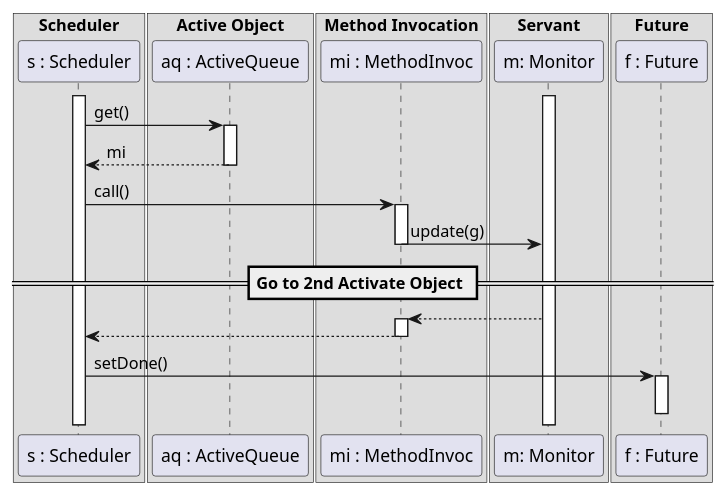
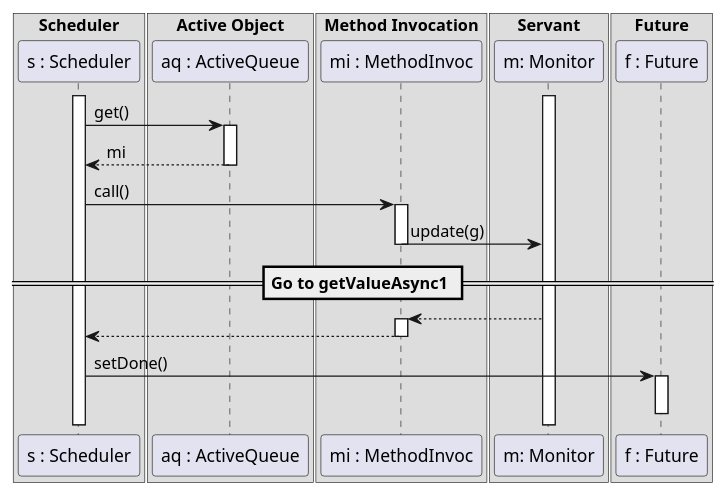
Before and after one commit to malahx/ISTIC: the diagram in AOC/TP1/UpdateAsync2.puml, drawn with PlantUML. The commit also changed 4 other files, not shown here.

Commit message:
corrected get value

```diff
--- a/AOC/TP1/UpdateAsync2.puml
+++ b/AOC/TP1/UpdateAsync2.puml
@@ -1,35 +1,35 @@
 @startuml
 box "Scheduler"
 participant "s : Scheduler" as s
 end box
 box "Active Object"
     participant "aq : ActiveQueue" as aq
 end box
 box "Method Invocation"
 participant "mi : MethodInvoc" as mi
 end box
 box "Servant"
     participant "m: Monitor" as m
 end box
 box "Future"
     participant "f : Future" as f
 end box
 activate m
 activate s
 s -> aq: get()
 activate aq
 aq --> s: mi
 deactivate aq
 s -> mi: call()
 activate mi
 mi -> m: update(g)
-== Go to 2nd Activate Object ==
+== Go to getValueAsync1 ==
 deactivate mi
 m --> mi
 activate mi
 mi --> s
 deactivate mi
 s -> f: setDone()
 activate f
 deactivate f
 @enduml
```
